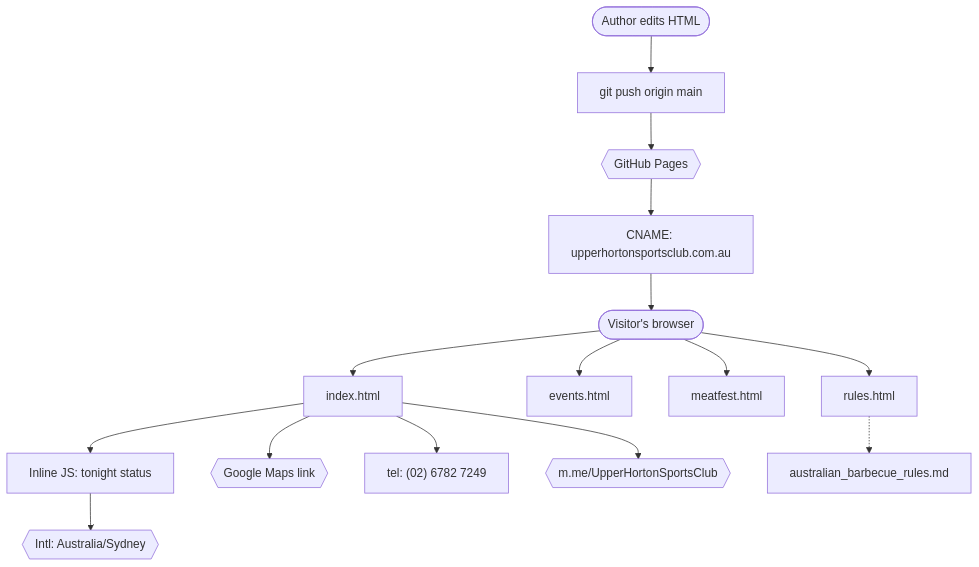
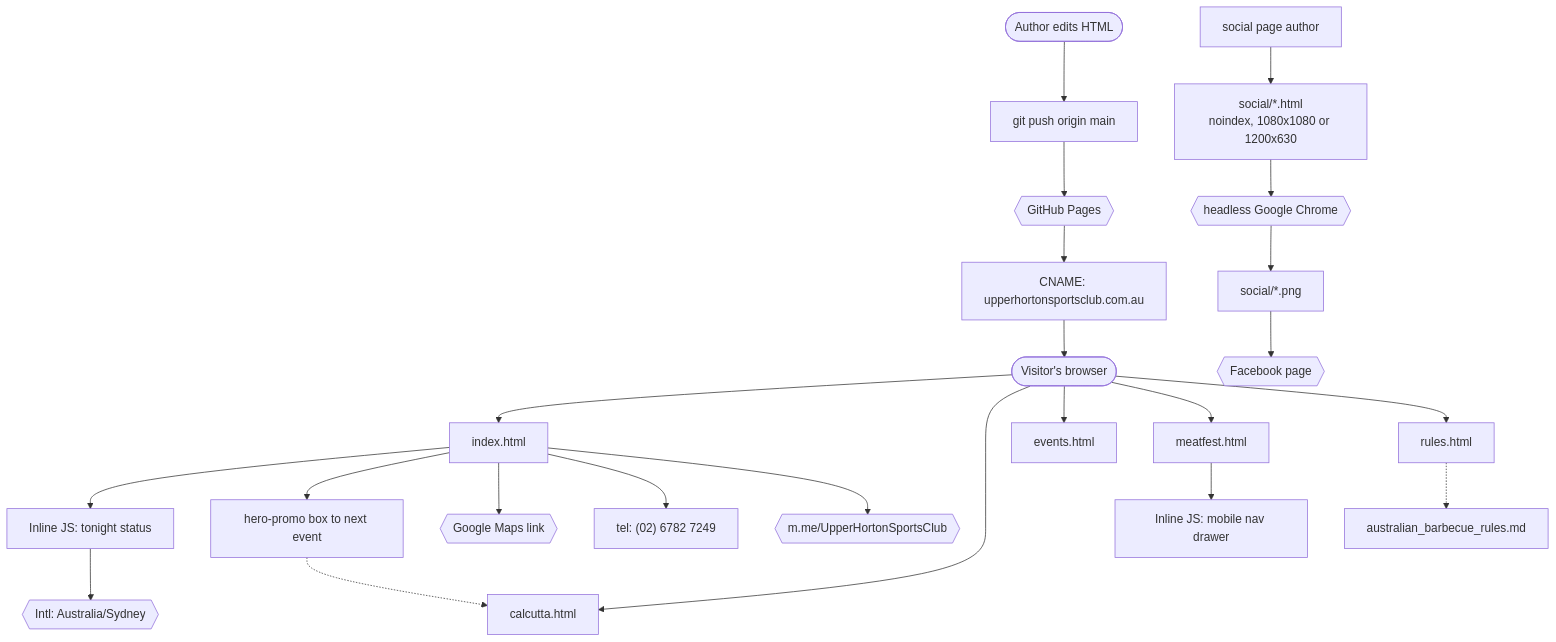
Before and after one commit to hawkinle/hawkinle.github.io: the diagram in docs/wiki/architecture.md, drawn with Mermaid. The commit also changed other lines of this file and 7 other files, not shown here.

Commit message:
docs/wiki: expand site wiki — social graphics pipeline, Calcutta, five-page structure, codewiki state

````diff
--- a/docs/wiki/architecture.md
+++ b/docs/wiki/architecture.md
@@ -27,19 +43,28 @@
 ```mermaid
 flowchart TD
     Dev([Author edits HTML]) --> Push["git push origin main"]
     Push --> Pages{{GitHub Pages}}
     Pages --> CNAME["CNAME: upperhortonsportsclub.com.au"]
     CNAME --> Visitor([Visitor's browser])
 
     Visitor --> Home["index.html"]
+    Visitor --> Calcutta["calcutta.html"]
     Visitor --> Events["events.html"]
     Visitor --> Meat["meatfest.html"]
     Visitor --> Rules["rules.html"]
 
     Home --> Status["Inline JS: tonight status"]
     Status --> SydneyTZ{{Intl: Australia/Sydney}}
+    Home --> Promo["hero-promo box to next event"]
+    Promo -.-> Calcutta
     Home --> Maps{{Google Maps link}}
     Home --> Tel["tel: (02) 6782 7249"]
     Home --> Messenger{{m.me/UpperHortonSportsClub}}
     Rules -.-> RulesSrc["australian_barbecue_rules.md"]
+    Meat --> Drawer["Inline JS: mobile nav drawer"]
+
+    Social["social page author"] --> Templates["social/*.html<br/>noindex, 1080x1080 or 1200x630"]
+    Templates --> Chrome{{"headless Google Chrome"}}
+    Chrome --> PNG["social/*.png"]
+    PNG --> Facebook{{"Facebook page"}}
 ```
````
